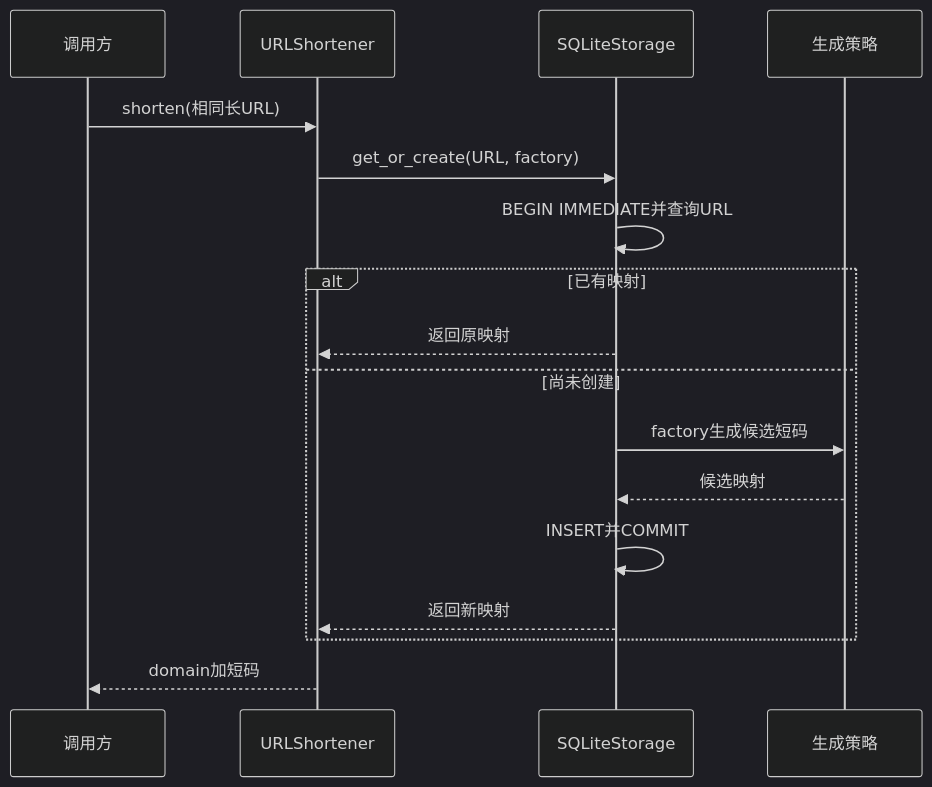
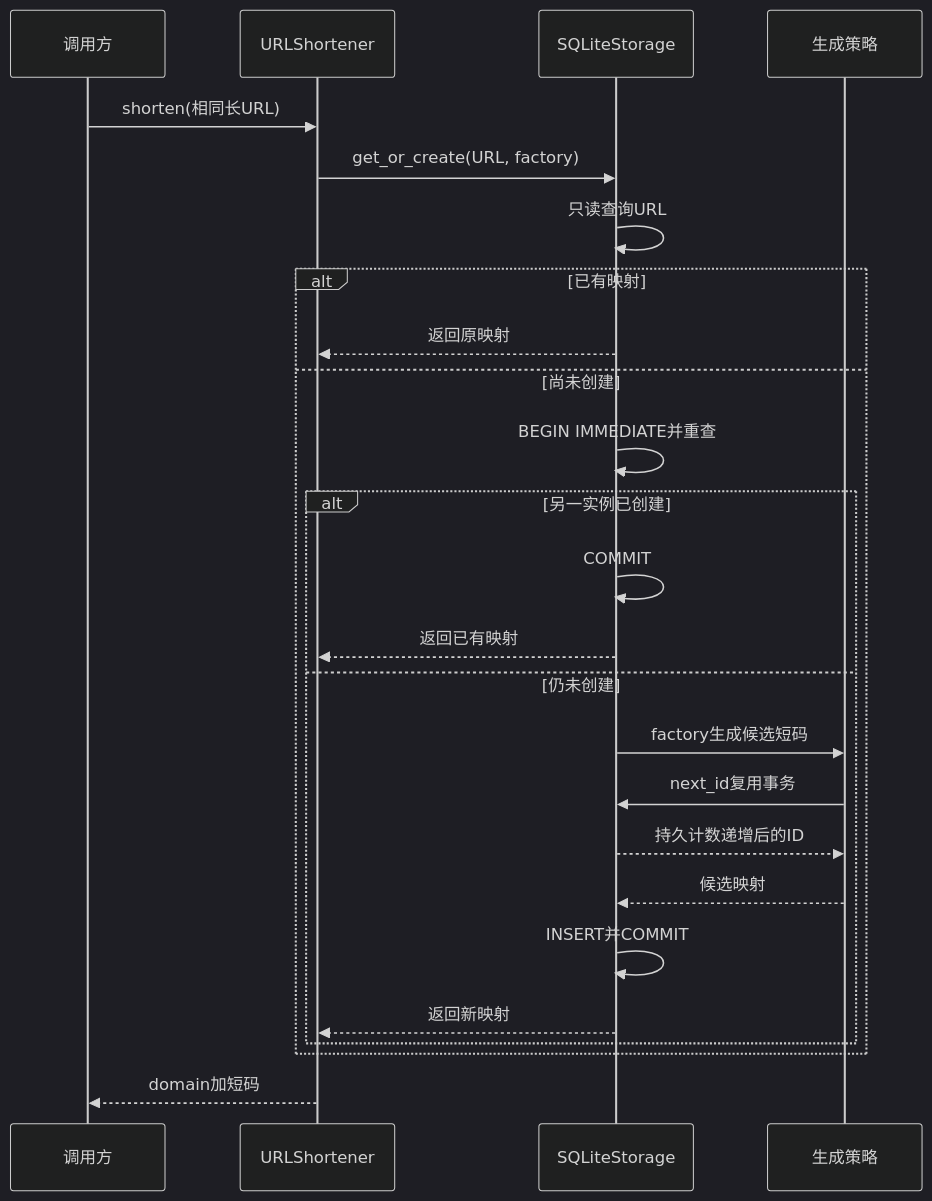
Before and after one commit to attackoncs/system-design-impl: the second of 2 diagrams in url-shortener/docs/learning-guide_cn.md, drawn with Mermaid (dark theme). The commit also changed other lines of this file and 53 other files, not shown here.

````diff
--- a/url-shortener/docs/learning-guide_cn.md
+++ b/url-shortener/docs/learning-guide_cn.md
@@ -67,19 +65,27 @@
 ```mermaid
 sequenceDiagram
   participant A as 调用方
   participant S as URLShortener
   participant D as SQLiteStorage
   participant H as 生成策略
   A->>S: shorten(相同长URL)
   S->>D: get_or_create(URL, factory)
-  D->>D: BEGIN IMMEDIATE并查询URL
+  D->>D: 只读查询URL
   alt 已有映射
     D-->>S: 返回原映射
   else 尚未创建
-    D->>H: factory生成候选短码
-    H-->>D: 候选映射
-    D->>D: INSERT并COMMIT
-    D-->>S: 返回新映射
+    D->>D: BEGIN IMMEDIATE并重查
+    alt 另一实例已创建
+      D->>D: COMMIT
+      D-->>S: 返回已有映射
+    else 仍未创建
+      D->>H: factory生成候选短码
+      H->>D: next_id复用事务
+      D-->>H: 持久计数递增后的ID
+      H-->>D: 候选映射
+      D->>D: INSERT并COMMIT
+      D-->>S: 返回新映射
+    end
   end
   S-->>A: domain加短码
 ```
````
